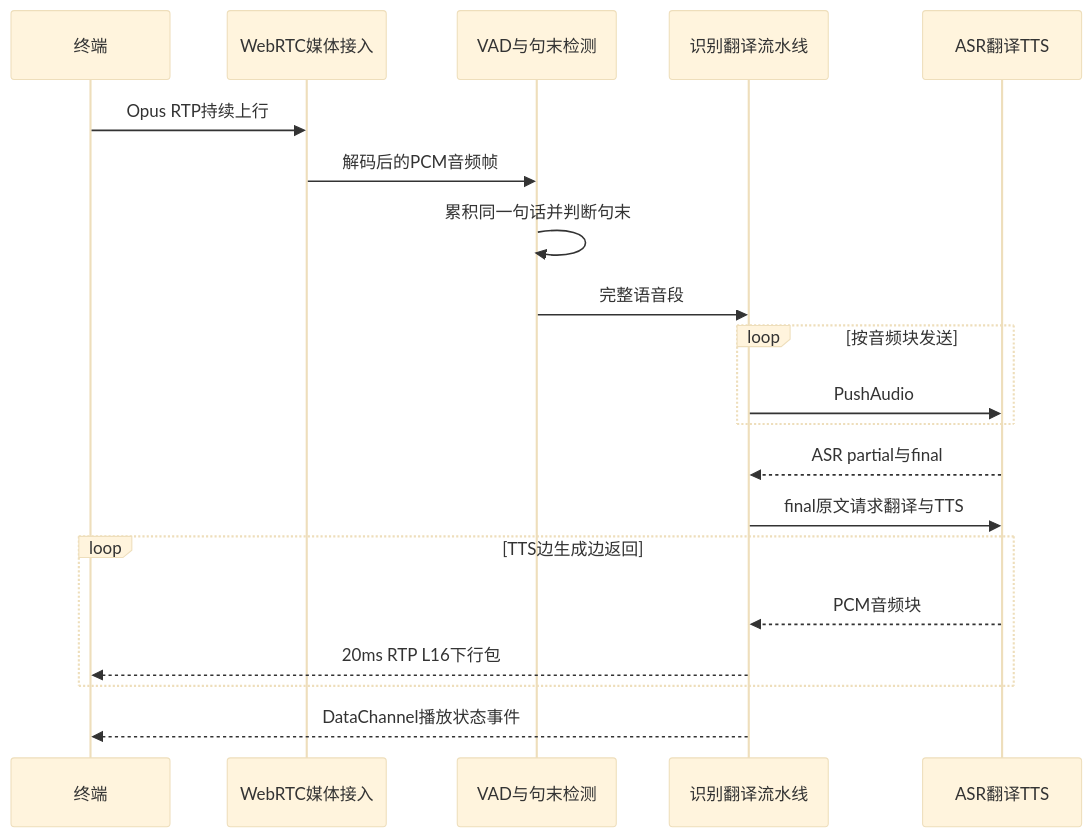
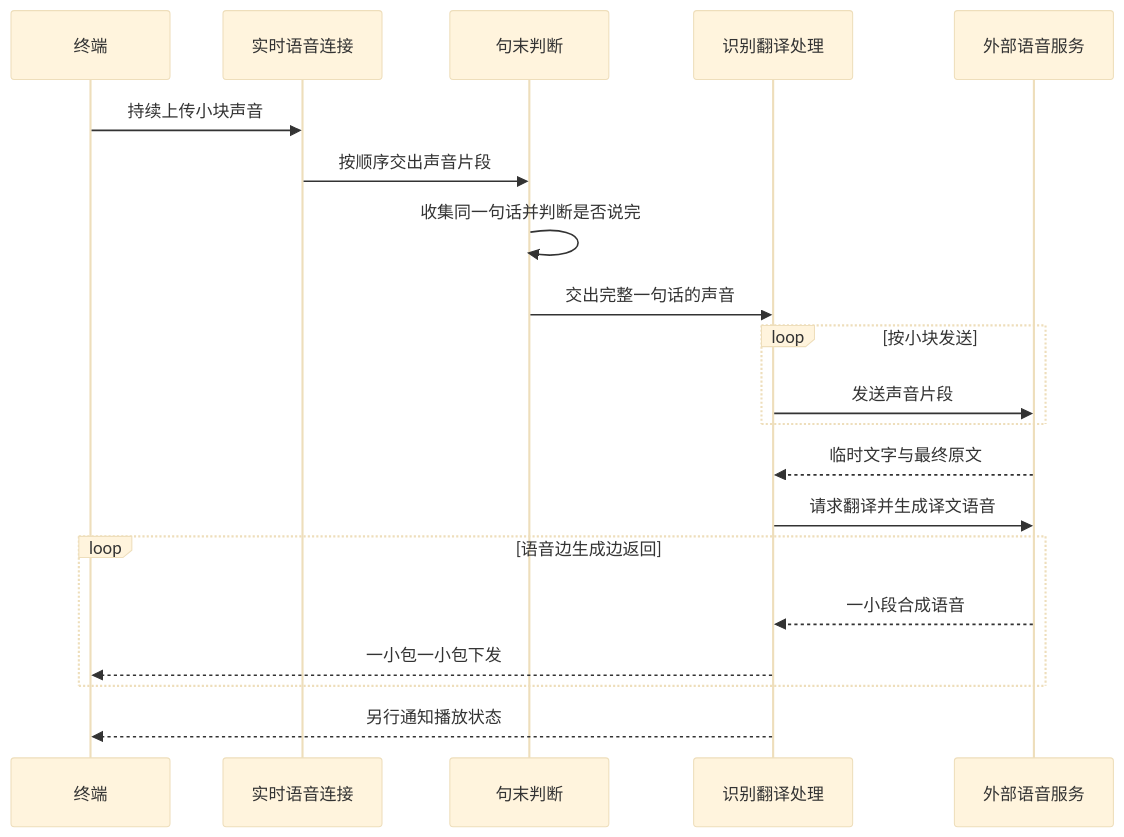
The fourth of 4 diagrams in docs/ARCHITECTURE.md (1024XEngineer/xe6-tsy), drawn with Mermaid (base theme) before and after one commit. The commit also changed other lines of this file, not shown here.

Commit message:
docs(architecture): simplify language for presentation

````diff
--- a/docs/ARCHITECTURE.md
+++ b/docs/ARCHITECTURE.md
@@ -300,23 +258,23 @@
 ```mermaid
 sequenceDiagram
     participant Client as 终端
-    participant WebRTC as WebRTC媒体接入
-    participant VAD as VAD与句末检测
-    participant Pipeline as 识别翻译流水线
-    participant Provider as ASR翻译TTS
+    participant WebRTC as 实时语音连接
+    participant VAD as 句末判断
+    participant Pipeline as 识别翻译处理
+    participant Provider as 外部语音服务
 
-    Client->>WebRTC: Opus RTP持续上行
-    WebRTC->>VAD: 解码后的PCM音频帧
-    VAD->>VAD: 累积同一句话并判断句末
-    VAD->>Pipeline: 完整语音段
-    loop 按音频块发送
-        Pipeline->>Provider: PushAudio
+    Client->>WebRTC: 持续上传小块声音
+    WebRTC->>VAD: 按顺序交出声音片段
+    VAD->>VAD: 收集同一句话并判断是否说完
+    VAD->>Pipeline: 交出完整一句话的声音
+    loop 按小块发送
+        Pipeline->>Provider: 发送声音片段
     end
-    Provider-->>Pipeline: ASR partial与final
-    Pipeline->>Provider: final原文请求翻译与TTS
-    loop TTS边生成边返回
-        Provider-->>Pipeline: PCM音频块
-        Pipeline-->>Client: 20ms RTP L16下行包
+    Provider-->>Pipeline: 临时文字与最终原文
+    Pipeline->>Provider: 请求翻译并生成译文语音
+    loop 语音边生成边返回
+        Provider-->>Pipeline: 一小段合成语音
+        Pipeline-->>Client: 一小包一小包下发
     end
-    Pipeline-->>Client: DataChannel播放状态事件
+    Pipeline-->>Client: 另行通知播放状态
 ```
````
